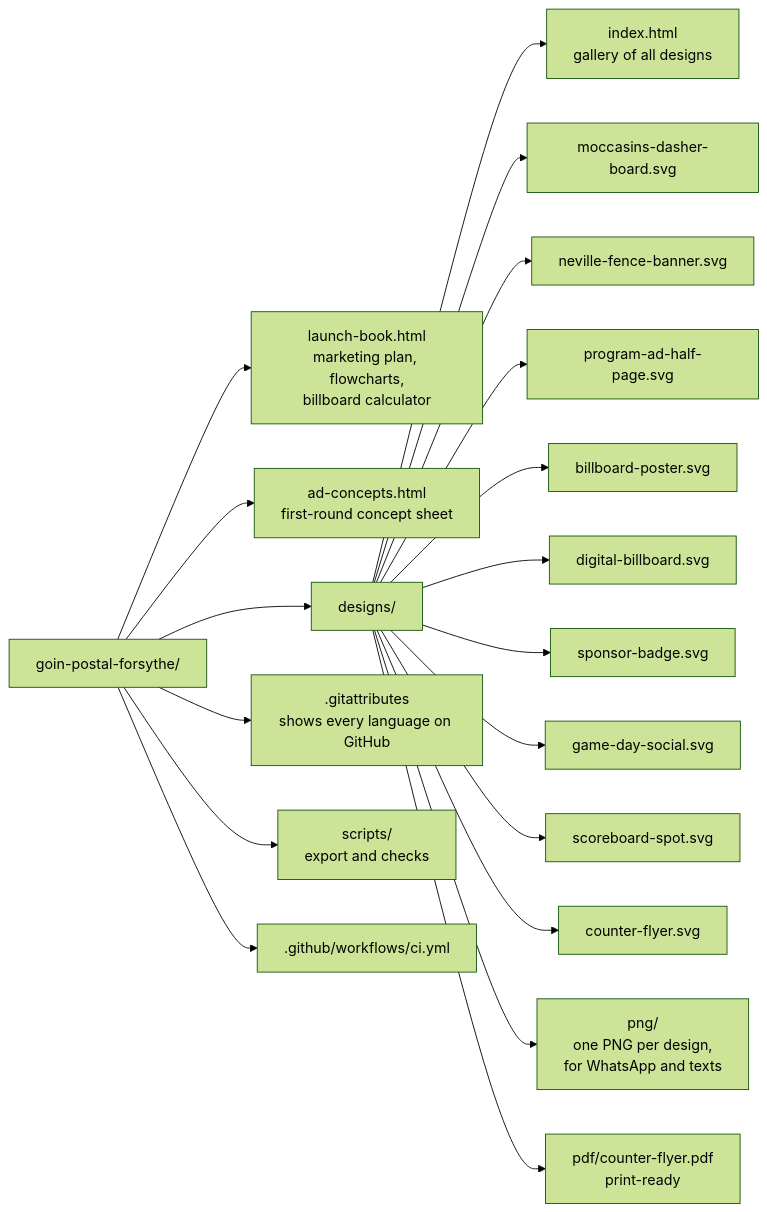
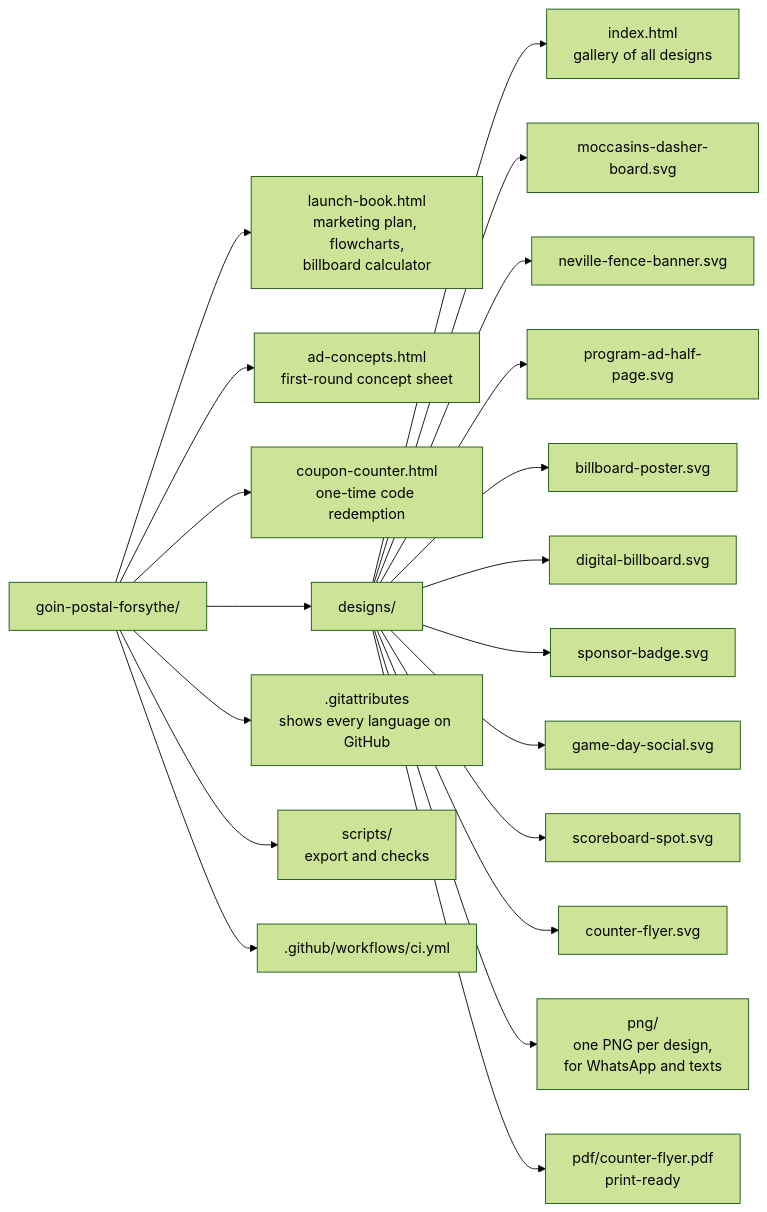
Before and after one commit to wbp318/goin-postal-forsythe: the first of 9 diagrams in README.md, drawn with Mermaid (forest theme). The commit also changed other lines of this file and 15 other files, not shown here.

````diff
--- a/README.md
+++ b/README.md
@@ -18,21 +18,22 @@
 ```mermaid
 flowchart LR
   R["goin-postal-forsythe/"] --> A["launch-book.html<br/>marketing plan, flowcharts,<br/>billboard calculator"]
   R --> B["ad-concepts.html<br/>first-round concept sheet"]
+  R --> CC["coupon-counter.html<br/>one-time code redemption"]
   R --> D["designs/"]
   R --> G[".gitattributes<br/>shows every language on GitHub"]
   D --> D0["index.html<br/>gallery of all designs"]
   D --> D1["moccasins-dasher-board.svg"]
   D --> D2["neville-fence-banner.svg"]
   D --> D3["program-ad-half-page.svg"]
   D --> D4["billboard-poster.svg"]
   D --> D5["digital-billboard.svg"]
   D --> D6["sponsor-badge.svg"]
   D --> D7["game-day-social.svg"]
   D --> D8["scoreboard-spot.svg"]
   D --> D9["counter-flyer.svg"]
   D --> P["png/<br/>one PNG per design,<br/>for WhatsApp and texts"]
   D --> F["pdf/counter-flyer.pdf<br/>print-ready"]
   R --> S["scripts/<br/>export and checks"]
   R --> W[".github/workflows/ci.yml"]
 ```
````
